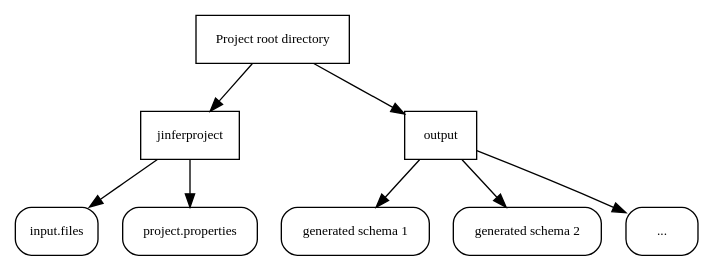
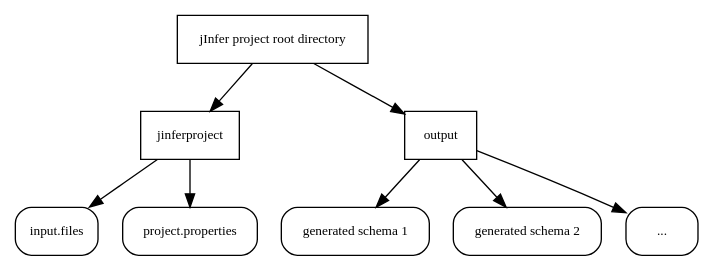
One commit to otmarjr/jInfer-fork changed the diagram in doc/jInfer/projecttype/project_dir_structure.gv. Above: the diagram before and after it, drawn with Graphviz. The commit also changed 3 other files, not shown here.

```diff
--- a/doc/jInfer/projecttype/project_dir_structure.gv
+++ b/doc/jInfer/projecttype/project_dir_structure.gv
@@ -1,31 +1,31 @@
 digraph interfaces_nodes {
 	rankdir = TB;
 	node [shape = rectangle, fontname = "TeXGyrePagella-Regular", fontsize = 10];
 	edge [fontname = "TeXGyrePagella-Regular", fontsize = 10];
 
 {
-	ProjectRoot[label = "Project root directory"];
+	ProjectRoot[label = "jInfer project root directory"];
 }
 
 {
 	rank = same;
 	jinferproject;
 	output;
 }
 
 	ProjectRoot -> jinferproject;
 	ProjectRoot -> output;
 
 	Input[style = "rounded", label = "input.files"];
 	Properties[style = "rounded", label = "project.properties"];
 	jinferproject -> Input;
 	jinferproject -> Properties;
 
 	Schema1[style = "rounded", label = "generated schema 1"];
 	Schema2[style = "rounded", label = "generated schema 2"];
 	Etc[style = "rounded", label = "..."];
 
 	output -> Schema1;
 	output -> Schema2;
 	output -> Etc;
 }
```
